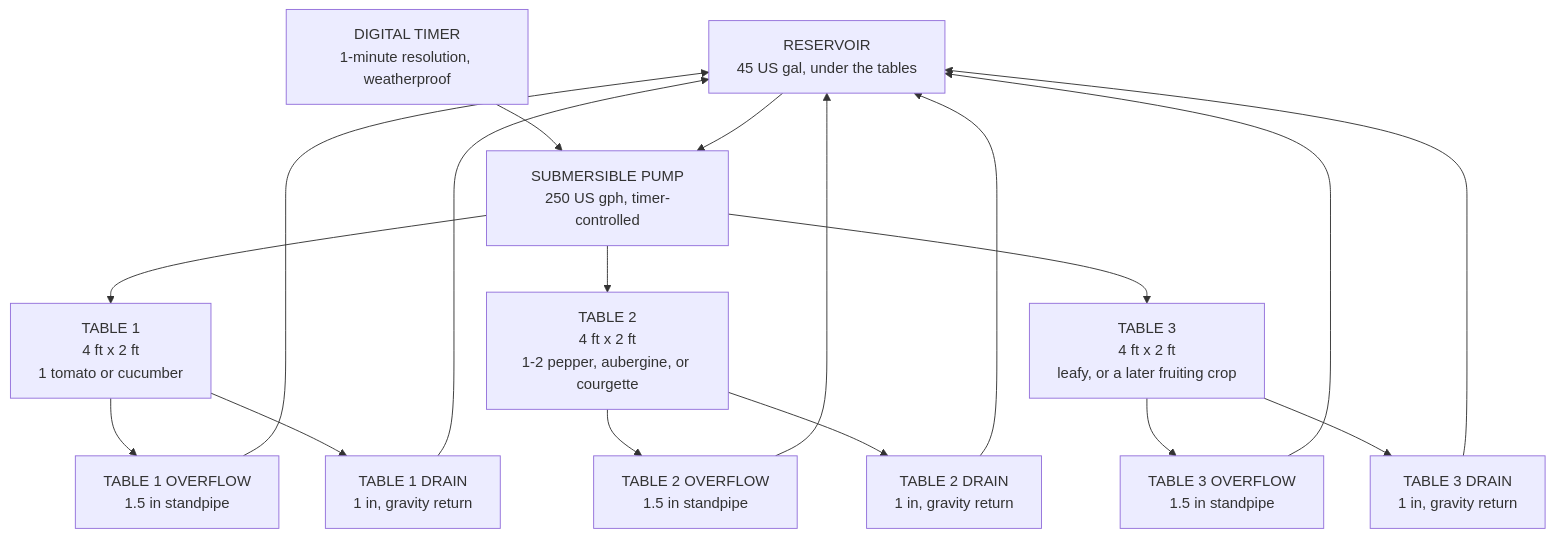
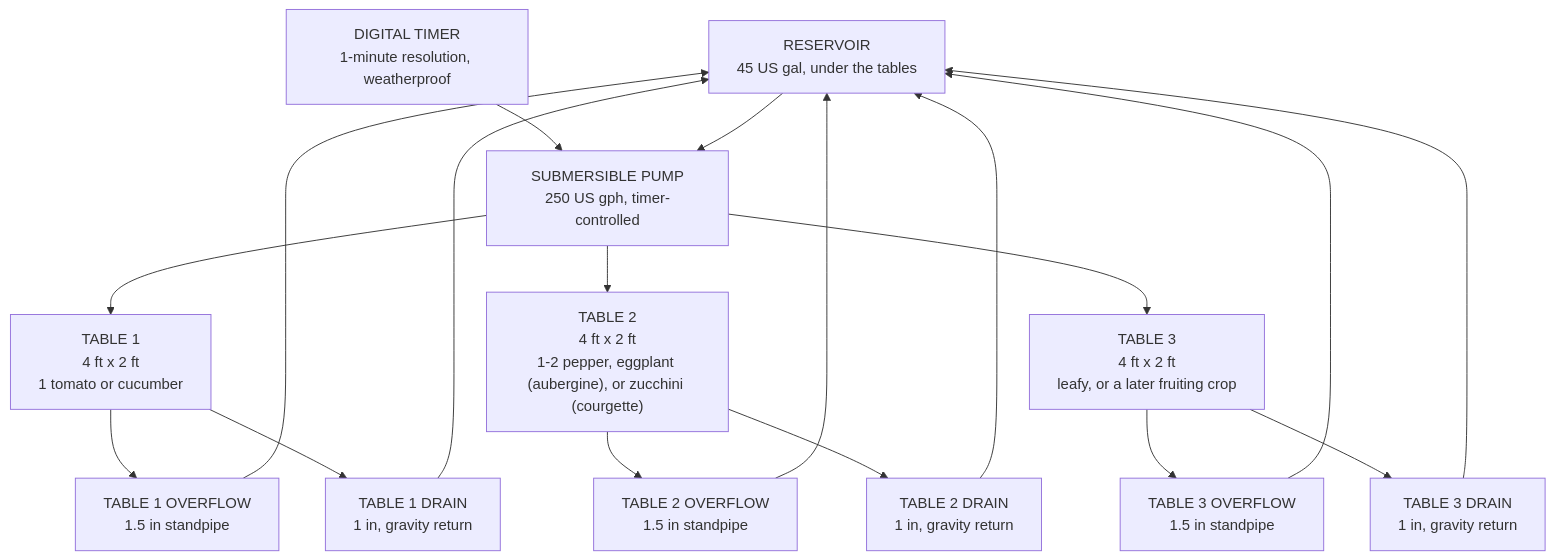
The second of 3 diagrams in guide/ebb-and-flow/01-ebb-flow-basics.md (UncleJS/guide_hydroponics), drawn with Mermaid before and after one commit. The commit also changed other lines of this file and 35 other files, not shown here.

````diff
--- a/guide/ebb-and-flow/01-ebb-flow-basics.md
+++ b/guide/ebb-and-flow/01-ebb-flow-basics.md
@@ -97,33 +99,33 @@
 ```mermaid
 flowchart TD
     RES["RESERVOIR<br/>45 US gal, under the tables"]
     PUMP["SUBMERSIBLE PUMP<br/>250 US gph, timer-controlled"]
     TIMER["DIGITAL TIMER<br/>1-minute resolution, weatherproof"]
     T1["TABLE 1<br/>4 ft x 2 ft<br/>1 tomato or cucumber"]
-    T2["TABLE 2<br/>4 ft x 2 ft<br/>1-2 pepper, aubergine, or courgette"]
+    T2["TABLE 2<br/>4 ft x 2 ft<br/>1-2 pepper, eggplant (aubergine), or zucchini (courgette)"]
     T3["TABLE 3<br/>4 ft x 2 ft<br/>leafy, or a later fruiting crop"]
     OF1["TABLE 1 OVERFLOW<br/>1.5 in standpipe"]
     OF2["TABLE 2 OVERFLOW<br/>1.5 in standpipe"]
     OF3["TABLE 3 OVERFLOW<br/>1.5 in standpipe"]
     DR1["TABLE 1 DRAIN<br/>1 in, gravity return"]
     DR2["TABLE 2 DRAIN<br/>1 in, gravity return"]
     DR3["TABLE 3 DRAIN<br/>1 in, gravity return"]
 
     TIMER --> PUMP
     RES --> PUMP
     PUMP --> T1
     PUMP --> T2
     PUMP --> T3
     T1 --> OF1
     T2 --> OF2
     T3 --> OF3
     T1 --> DR1
     T2 --> DR2
     T3 --> DR3
     OF1 --> RES
     OF2 --> RES
     OF3 --> RES
     DR1 --> RES
     DR2 --> RES
     DR3 --> RES
 ```
````
